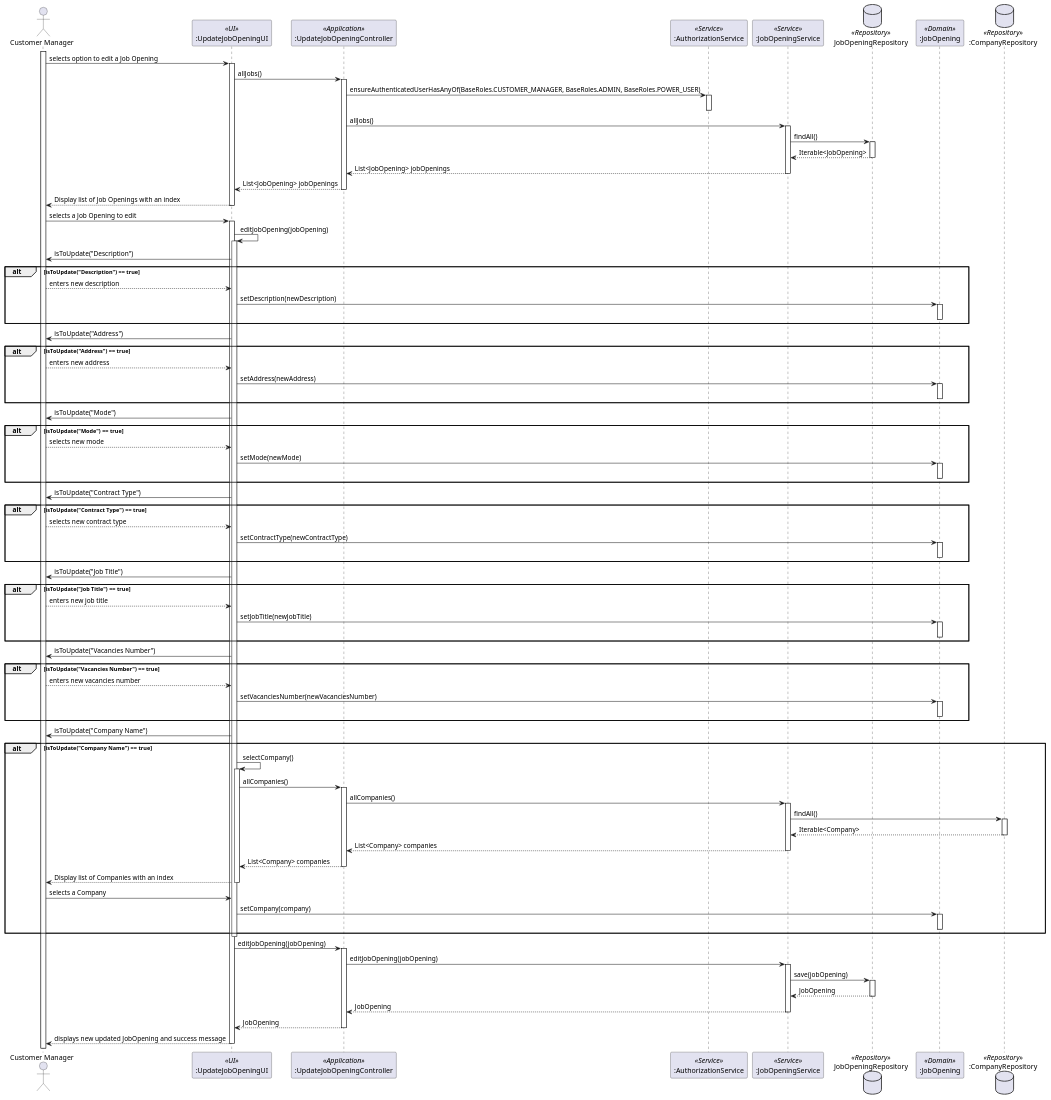
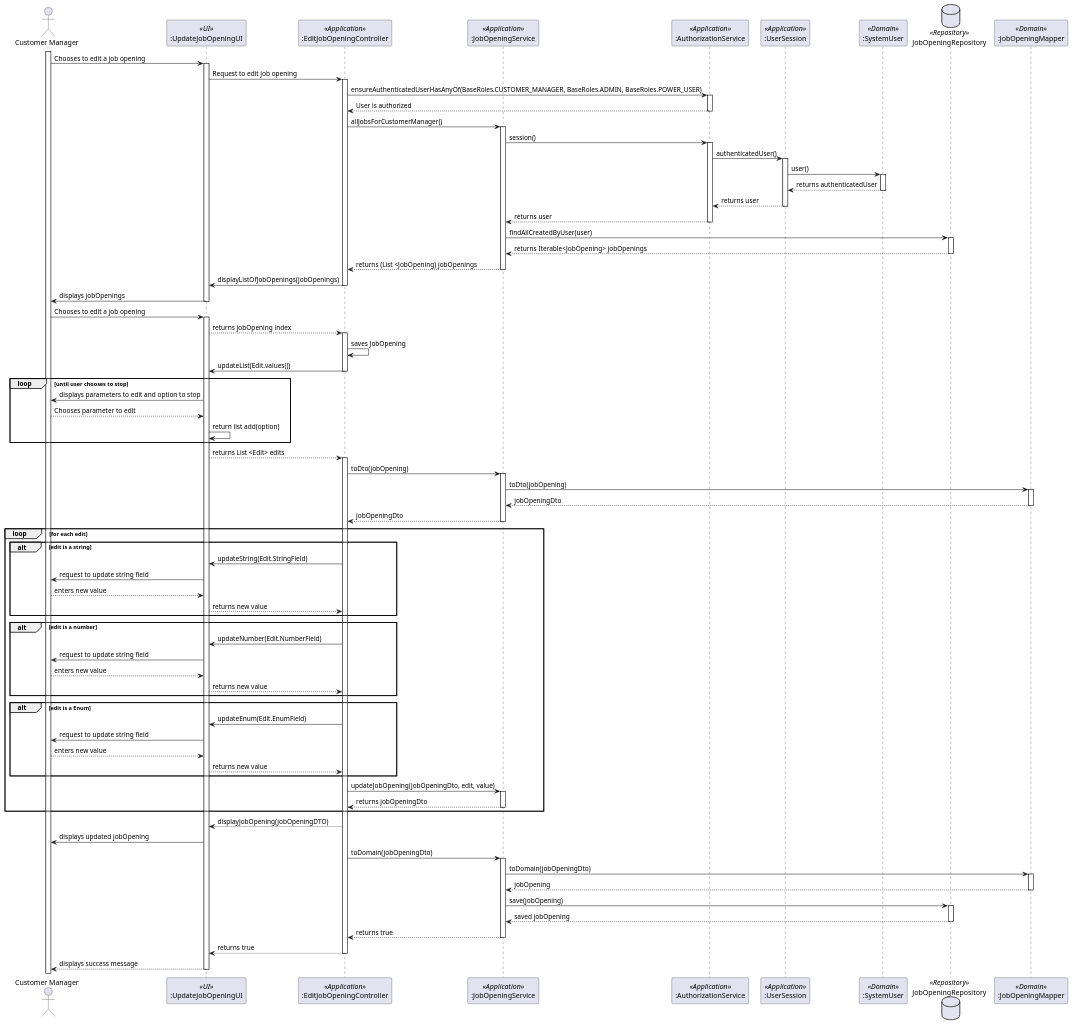
The diagram in docs/sprintC/1004/puml/1004-sequence-diagram.puml (marcoferreira37/Lapr4), drawn with PlantUML before and after one commit.

Commit message:
#36 [US1004] - SD modifications

```diff
--- a/docs/sprintC/1004/puml/1004-sequence-diagram.puml
+++ b/docs/sprintC/1004/puml/1004-sequence-diagram.puml
@@ -1,122 +1,138 @@
 @startuml
 Actor "Customer Manager" as User
 participant ":UpdateJobOpeningUI" as UI <<UI>>
-participant ":UpdateJobOpeningController" as Controller <<Application>>
-participant ":AuthorizationService" as Auth <<Service>>
-participant ":JobOpeningService" as JobOpeningService <<Service>>
+participant ":EditJobOpeningController" as Controller <<Application>>
+participant ":JobOpeningService" as JobOpeningService <<Application>>
+
+participant ":AuthorizationService" as Auth <<Application>>
+participant ":UserSession" as UserSession <<Application>>
+participant ":SystemUser" as SystemUser <<Domain>>
 database "JobOpeningRepository" as jobrepo <<Repository>>
-participant ":JobOpening" as JobOpening <<Domain>>
-database ":CompanyRepository" as companyrepo <<Repository>>
+participant ":JobOpeningMapper" as JobOpeningMapper <<Domain>>
 
 
 activate User
 
-User -> UI: selects option to edit a Job Opening
-activate UI
-UI -> Controller: allJobs()
-activate Controller
-Controller -> Auth: ensureAuthenticatedUserHasAnyOf(BaseRoles.CUSTOMER_MANAGER, BaseRoles.ADMIN, BaseRoles.POWER_USER)
-activate Auth
-deactivate Auth
-Controller -> JobOpeningService: allJobs()
-activate JobOpeningService
-JobOpeningService -> jobrepo: findAll()
-activate jobrepo
-jobrepo --> JobOpeningService: Iterable<JobOpening>
-deactivate jobrepo
-JobOpeningService --> Controller: List<JobOpening> jobOpenings
-deactivate JobOpeningService
-Controller --> UI: List<JobOpening> jobOpenings
-deactivate Controller
-UI --> User: Display list of Job Openings with an index
-deactivate UI
-User -> UI: selects a Job Opening to edit
+User -> UI: Chooses to edit a job opening
 activate UI
 
-UI -> UI : editJobOpening(jobOpening)
+UI -> Controller : Request to edit job opening
+activate Controller
+
+Controller -> Auth : ensureAuthenticatedUserHasAnyOf(BaseRoles.CUSTOMER_MANAGER, BaseRoles.ADMIN, BaseRoles.POWER_USER)
+activate Auth
+
+Auth --> Controller : User is authorized
+deactivate Auth
+Controller -> JobOpeningService : allJobsForCustomerManager()
+activate JobOpeningService
+
+JobOpeningService -> Auth: session()
+activate Auth
+
+Auth -> UserSession : authenticatedUser()
+activate UserSession
+
+UserSession -> SystemUser: user()
+activate SystemUser
+
+SystemUser --> UserSession : returns authenticatedUser
+deactivate SystemUser
+UserSession --> Auth : returns user
+deactivate UserSession
+Auth --> JobOpeningService : returns user
+deactivate Auth
+JobOpeningService -> jobrepo : findAllCreatedByUser(user)
+activate jobrepo
+jobrepo --> JobOpeningService : returns Iterable<JobOpening> jobOpenings
+deactivate jobrepo
+JobOpeningService --> Controller : returns (List <JobOpening) jobOpenings
+deactivate JobOpeningService
+Controller -> UI : displayListOfJobOpenings(jobOpenings)
+deactivate Controller
+UI -> User : displays jobOpenings
+deactivate UI
+User -> UI : Chooses to edit a job opening
 activate UI
-UI -> User : isToUpdate("Description")
-alt isToUpdate("Description") == true
-User --> UI : enters new description
-UI -> JobOpening: setDescription(newDescription)
-activate JobOpening
-deactivate JobOpening
+
+UI --> Controller: returns jobOpening index
+activate Controller
+
+Controller -> Controller: saves JobOpening
+
+Controller -> UI : updateList(Edit.values())
+deactivate Controller
+loop until user chooses to stop
+UI -> User : displays parameters to edit and option to stop
+User --> UI : Chooses parameter to edit
+UI -> UI: return list add(option)
 end
-UI -> User: isToUpdate("Address")
-alt isToUpdate("Address") == true
-User --> UI : enters new address
-UI -> JobOpening: setAddress(newAddress)
-activate JobOpening
-deactivate JobOpening
-end
-UI -> User: isToUpdate("Mode")
-alt isToUpdate("Mode") == true
-User --> UI : selects new mode
-UI -> JobOpening: setMode(newMode)
-activate JobOpening
-deactivate JobOpening
+UI --> Controller : returns List <Edit> edits
+activate Controller
+
+Controller -> JobOpeningService : toDto(jobOpening)
+activate JobOpeningService
+
+ JobOpeningService -> JobOpeningMapper: toDto(jobOpening)
+ activate JobOpeningMapper
+
+ JobOpeningMapper --> JobOpeningService: jobOpeningDto
+ deactivate JobOpeningMapper
+
+ JobOpeningService --> Controller: jobOpeningDto
+  deactivate JobOpeningService
+
+loop for each edit
+
+alt edit is a string
+Controller -> UI : updateString(Edit.StringField)
+UI -> User : request to update string field
+User --> UI : enters new value
+UI --> Controller : returns new value
 end
 
-UI -> User: isToUpdate("Contract Type")
-alt isToUpdate("Contract Type") == true
-User --> UI : selects new contract type
-UI -> JobOpening: setContractType(newContractType)
-activate JobOpening
-deactivate JobOpening
+alt edit is a number
+Controller -> UI : updateNumber(Edit.NumberField)
+UI -> User : request to update string field
+User --> UI : enters new value
+UI --> Controller : returns new value
 end
-UI -> User: isToUpdate("Job Title")
-alt isToUpdate("Job Title") == true
-User --> UI : enters new job title
-UI -> JobOpening: setJobTitle(newJobTitle)
-activate JobOpening
-deactivate JobOpening
+
+alt edit is a Enum
+Controller -> UI : updateEnum(Edit.EnumField)
+UI -> User : request to update string field
+User --> UI : enters new value
+UI --> Controller : returns new value
 end
-UI -> User: isToUpdate("Vacancies Number")
-alt isToUpdate("Vacancies Number") == true
-User --> UI : enters new vacancies number
-UI -> JobOpening: setVacanciesNumber(newVacanciesNumber)
-activate JobOpening
-deactivate JobOpening
+
+Controller -> JobOpeningService : updateJobOpening(jobOpeningDto, edit, value)
+activate JobOpeningService
+
+JobOpeningService --> Controller : returns jobOpeningDto
+deactivate JobOpeningService
 end
-UI -> User: isToUpdate("Company Name")
-alt isToUpdate("Company Name") == true
-UI -> UI: selectCompany()
-activate UI
-UI -> Controller: allCompanies()
-activate Controller
-Controller -> JobOpeningService: allCompanies()
+
+Controller --> UI : displayJobOpening(jobOpeningDTO)
+
+UI -> User : displays updated jobOpening
+
+Controller -> JobOpeningService : toDomain(jobOpeningDto)
 activate JobOpeningService
-JobOpeningService -> companyrepo: findAll()
-activate companyrepo
-companyrepo --> JobOpeningService: Iterable<Company>
-deactivate companyrepo
-JobOpeningService --> Controller: List<Company> companies
+
+JobOpeningService -> JobOpeningMapper: toDomain(jobOpeningDto)
+activate JobOpeningMapper
+
+ JobOpeningMapper --> JobOpeningService: jobOpening
+deactivate JobOpeningMapper
+
+ JobOpeningService -> jobrepo: save(jobOpening)
+ activate jobrepo
+ jobrepo --> JobOpeningService: saved jobOpening
+deactivate jobrepo
+JobOpeningService --> Controller: returns true
 deactivate JobOpeningService
-Controller --> UI: List<Company> companies
+Controller --> UI : returns true
 deactivate Controller
-UI --> User: Display list of Companies with an index
+UI --> User : displays success message
 deactivate UI
-User -> UI: selects a Company
-
-UI -> JobOpening: setCompany(company)
-activate JobOpening
-deactivate JobOpening
-
-end
-deactivate UI
-UI -> Controller: editJobOpening(jobOpening)
-activate Controller
-Controller -> JobOpeningService: editJobOpening(jobOpening)
-activate JobOpeningService
-JobOpeningService -> jobrepo: save(jobOpening)
-activate jobrepo
-jobrepo --> JobOpeningService: JobOpening
-deactivate jobrepo
-JobOpeningService --> Controller: JobOpening
-deactivate JobOpeningService
-Controller --> UI: JobOpening
-deactivate Controller
-UI --> User: displays new updated JobOpening and success message
-deactivate UI
-
 @enduml
```
